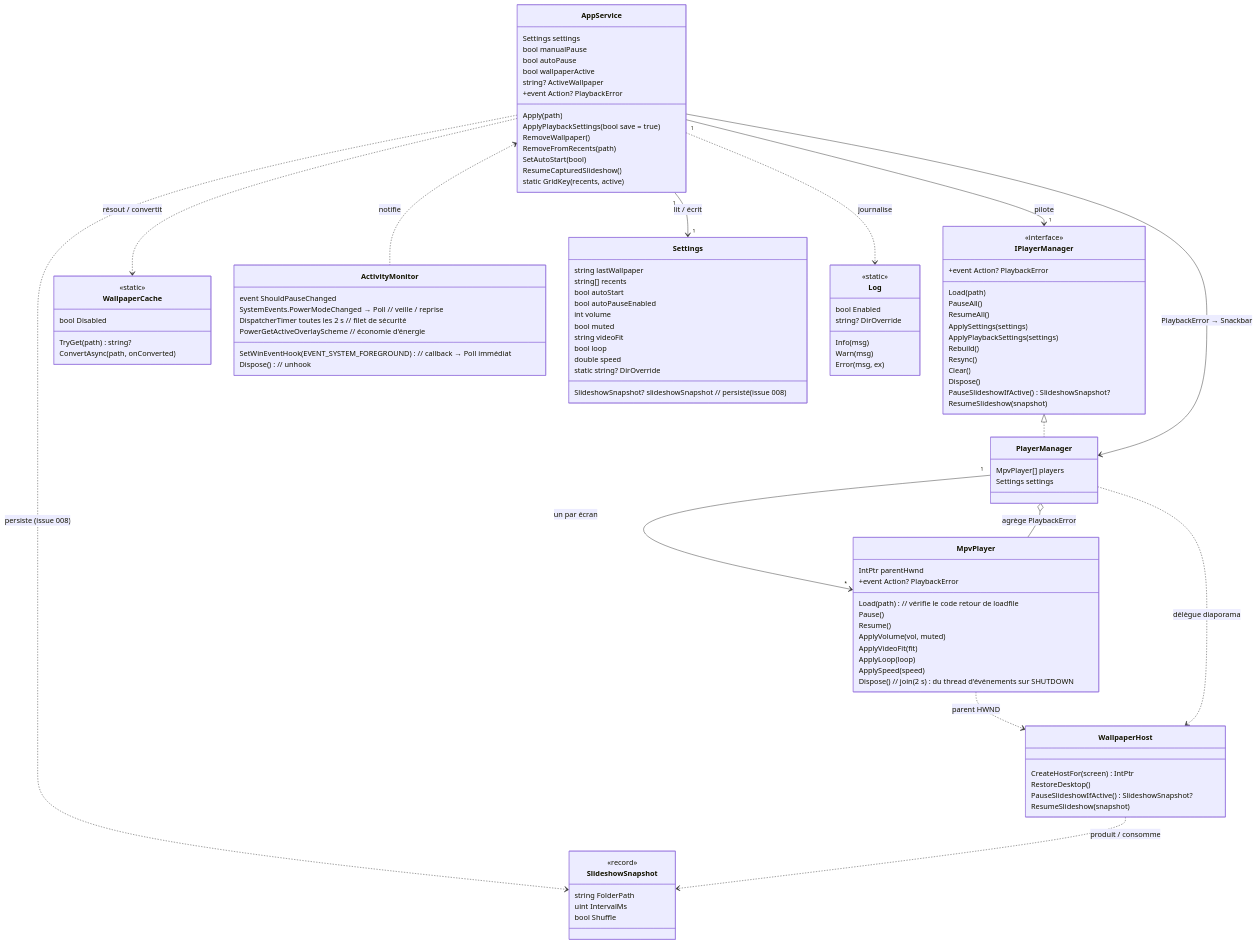
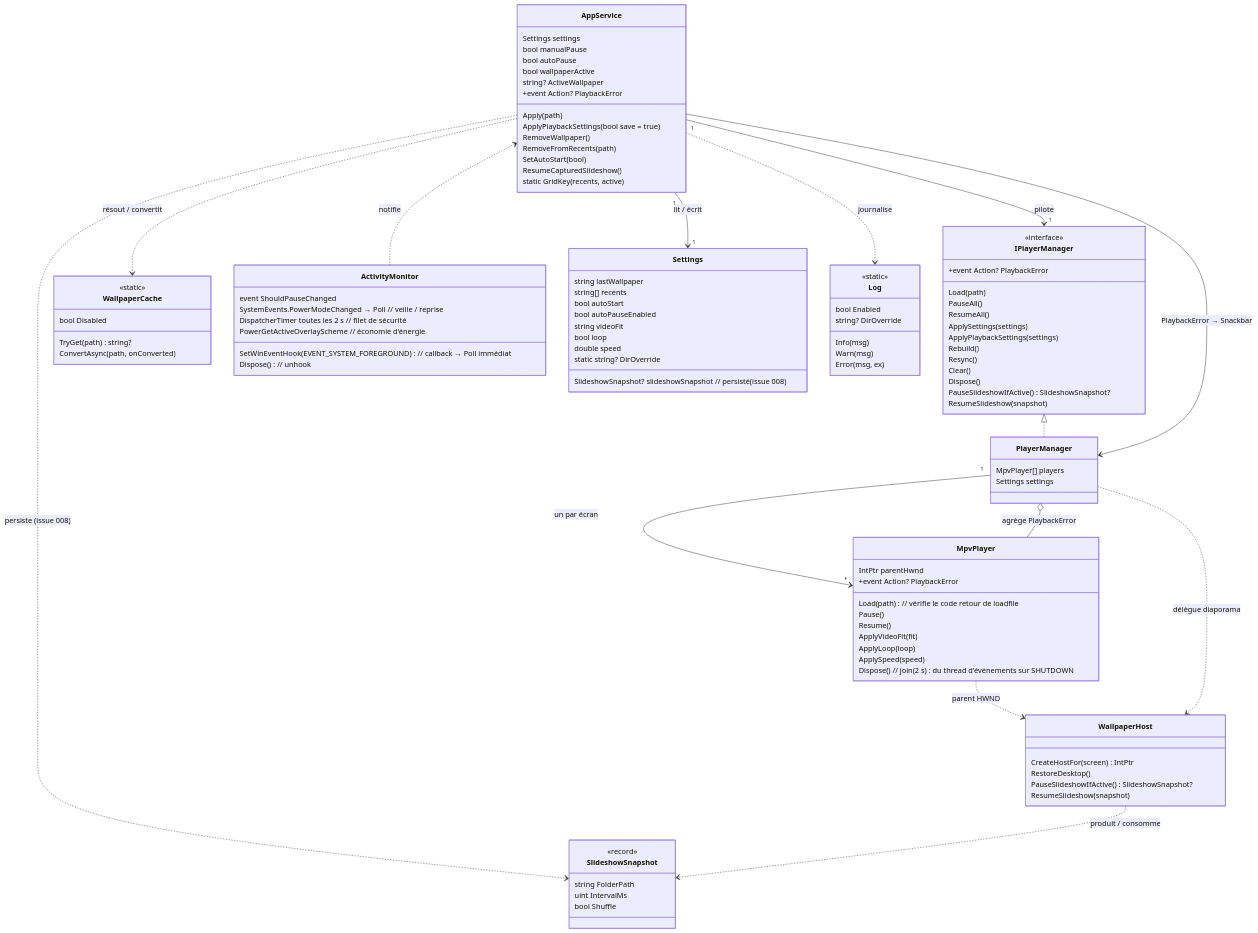
Before and after one commit to KevinT78/wallflow: the first of 5 diagrams in docs/ARCHITECTURE-TECHNIQUE.md, drawn with Mermaid. The commit also changed other lines of this file and 3 other files, not shown here.

First line of the commit message:
docs: sync CONTEXT/VUE-PRODUIT/ARCHITECTURE apres retrait du son et Vermillon

```diff
--- a/docs/ARCHITECTURE-TECHNIQUE.md
+++ b/docs/ARCHITECTURE-TECHNIQUE.md
@@ -76,7 +94,6 @@
         Load(path)  // vérifie le code retour de loadfile
         Pause()
         Resume()
-        ApplyVolume(vol, muted)
         ApplyVideoFit(fit)
         ApplyLoop(loop)
         ApplySpeed(speed)
@@ -114,8 +131,6 @@
         SlideshowSnapshot? slideshowSnapshot   // persisté (issue 008)
         bool autoStart
         bool autoPauseEnabled
-        int volume
-        bool muted
         string videoFit
         bool loop
         double speed
```
